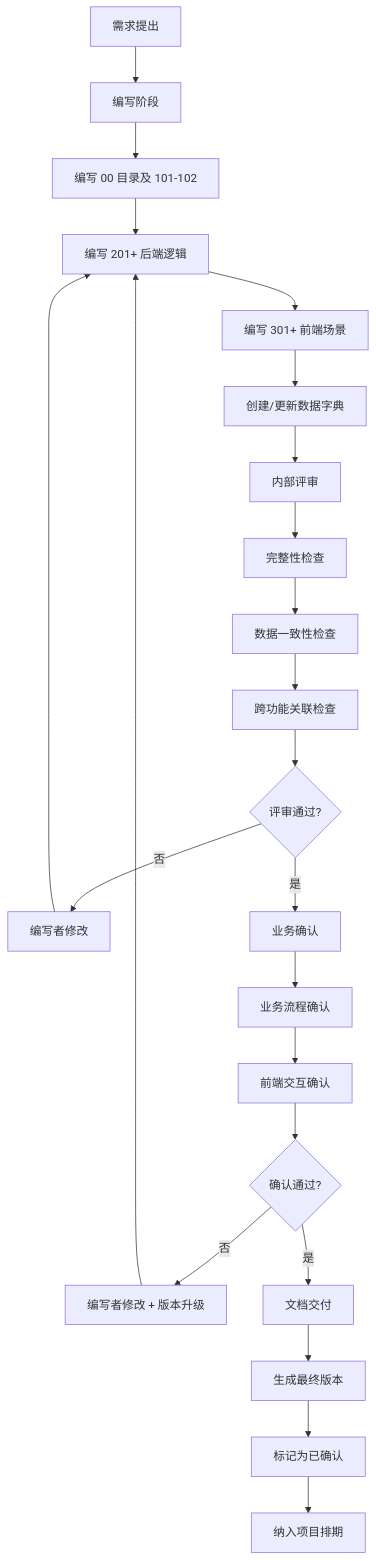
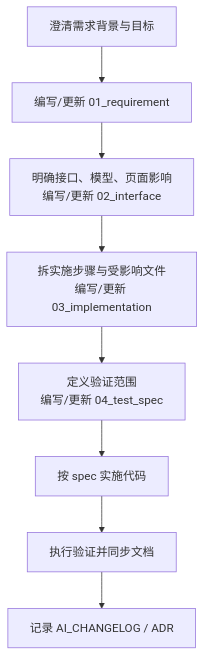
One commit to fangxu6/full-stack-fastapi-template changed the diagram in docs/rules/需求宪章.md. Above: the diagram before and after it, drawn with Mermaid. The commit also changed other lines of this file and 9 other files, not shown here.

````diff
--- a/docs/rules/需求宪章.md
+++ b/docs/rules/需求宪章.md
@@ -201,25 +170,10 @@
 ```mermaid
 graph TD
-    A["需求提出"] --> B["编写阶段"]
-    B --> B1["编写 00 目录及 101-102"]
-    B1 --> B2["编写 201+ 后端逻辑"]
-    B2 --> B3["编写 301+ 前端场景"]
-    B3 --> B4["创建/更新数据字典"]
-    B4 --> C["内部评审"]
-    C --> C1["完整性检查"]
-    C1 --> C2["数据一致性检查"]
-    C2 --> C3["跨功能关联检查"]
-    C3 --> C4{评审通过?}
-    C4 -->|否| D["编写者修改"]
-    D --> B2
-    C4 -->|是| E["业务确认"]
-    E --> E1["业务流程确认"]
-    E1 --> E2["前端交互确认"]
-    E2 --> E3{确认通过?}
-    E3 -->|否| F["编写者修改 + 版本升级"]
-    F --> B2
-    E3 -->|是| G["文档交付"]
-    G --> G1["生成最终版本"]
-    G1 --> G2["标记为已确认"]
-    G2 --> H["纳入项目排期"]
+    A["澄清需求背景与目标"] --> B["编写/更新 01_requirement"]
+    B --> C["明确接口、模型、页面影响<br/>编写/更新 02_interface"]
+    C --> D["拆实施步骤与受影响文件<br/>编写/更新 03_implementation"]
+    D --> E["定义验证范围<br/>编写/更新 04_test_spec"]
+    E --> F["按 spec 实施代码"]
+    F --> G["执行验证并同步文档"]
+    G --> H["记录 AI_CHANGELOG / ADR"]
 ```
````
